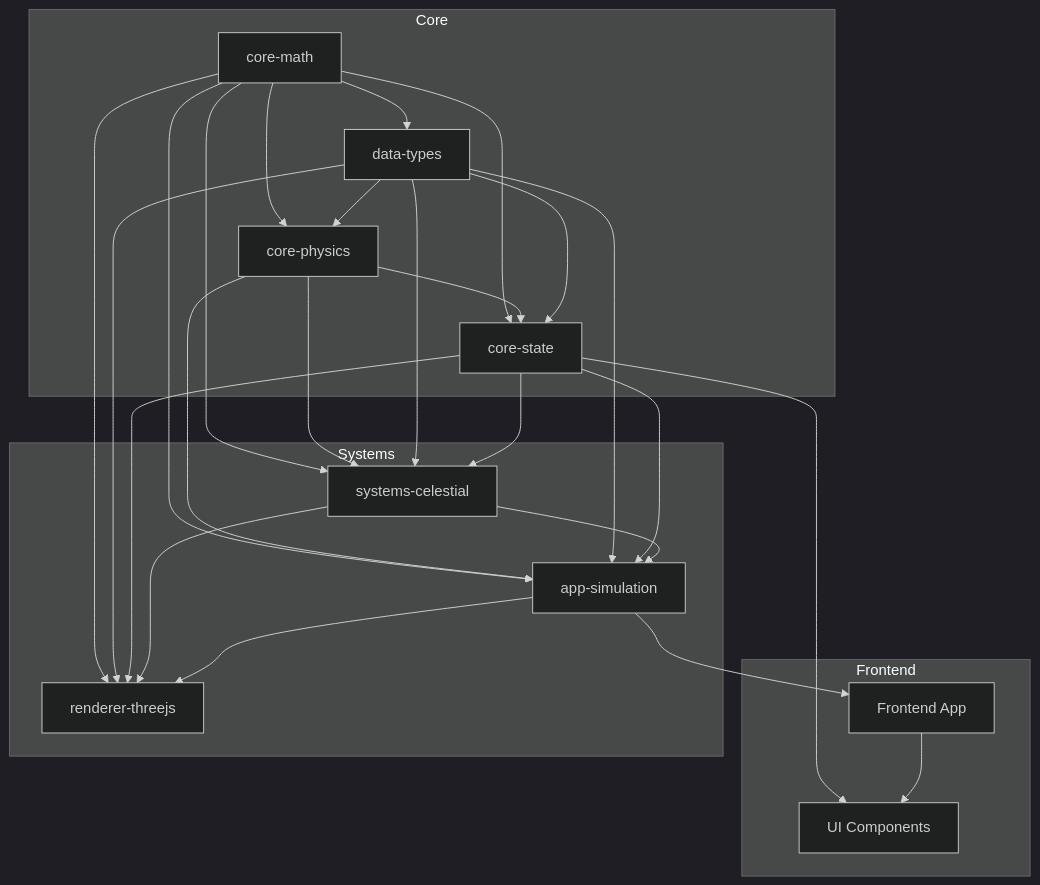
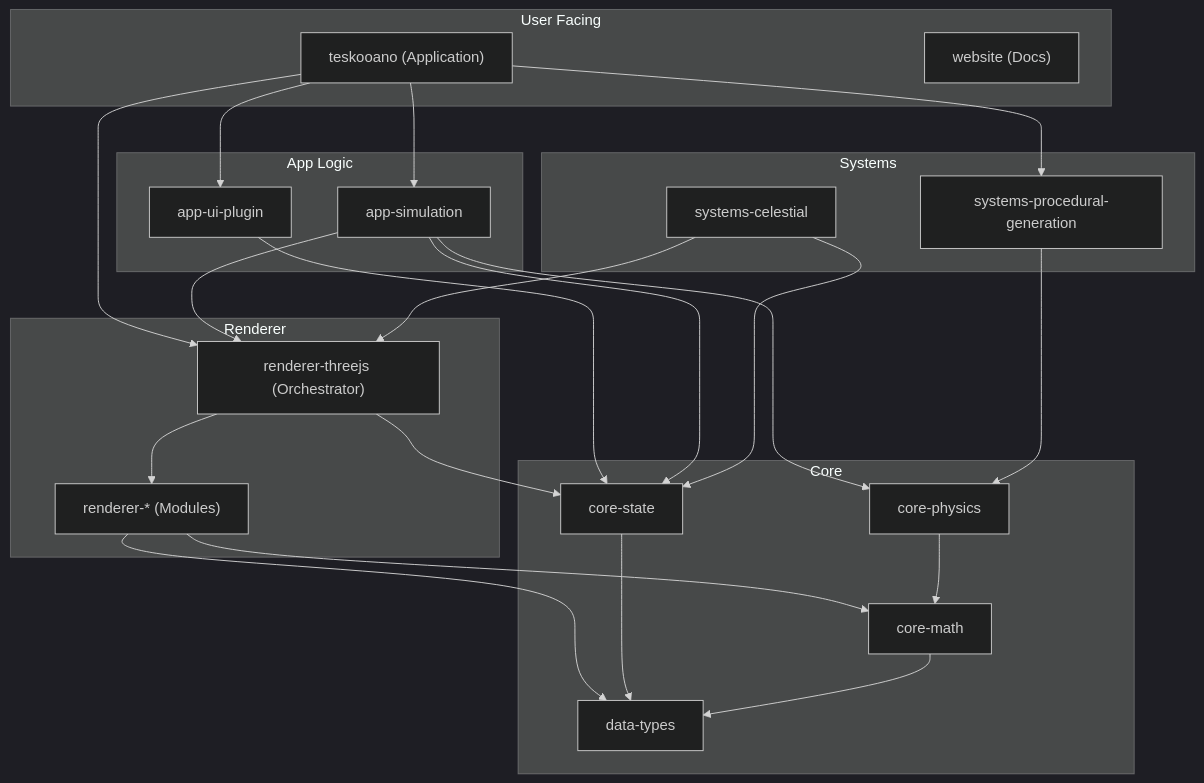
One commit to tanepiper/teskooano changed the first of 2 diagrams in README.md. Above: the diagram before and after it, drawn with Mermaid (dark theme). The commit also changed other lines of this file and 4 other files, not shown here.

````diff
--- a/README.md
+++ b/README.md
@@ -64,50 +59,55 @@
 ```mermaid
 graph TD
-    subgraph Frontend
-        FE[Frontend App]
-        UI[UI Components]
+    subgraph "User Facing"
+        App_Teskooano["teskooano (Application)"]
+        App_Website["website (Docs)"]
     end
 
-    subgraph Core
-        Math[core-math]
-        Physics[core-physics]
-        State[core-state]
-        Types[data-types]
+    subgraph "App Logic"
+        App_Simulation["app-simulation"]
+        App_UI_Plugin["app-ui-plugin"]
     end
 
-    subgraph Systems
-        Celestial[systems-celestial]
-        Renderer[renderer-threejs]
-        Simulation[app-simulation]
+    subgraph "Systems"
+        Systems_Celestial["systems-celestial"]
+        Systems_ProcGen["systems-procedural-generation"]
     end
 
-    Math --> Physics
-    Math --> Types
-    Math --> Celestial
-    Math --> Renderer
-    Math --> Simulation
-    Math --> State
+    subgraph "Renderer"
+        Renderer_Main["renderer-threejs (Orchestrator)"]
+        Renderer_Modules["renderer-* (Modules)"]
+    end
 
-    Physics --> State
-    Physics --> Celestial
-    Physics --> Simulation
+    subgraph "Core"
+        Core_State["core-state"]
+        Core_Physics["core-physics"]
+        Core_Math["core-math"]
+        Core_Types["data-types"]
+    end
 
-    Types --> State
-    Types --> Physics
-    Types --> Celestial
-    Types --> Renderer
-    Types --> Simulation
+    %% High-level Dependencies
+    App_Teskooano --> App_UI_Plugin
+    App_Teskooano --> App_Simulation
+    App_Teskooano --> Systems_ProcGen
+    App_Teskooano --> Renderer_Main
 
-    State --> Renderer
-    State --> Simulation
-    State --> Celestial
-    State --> UI
+    App_UI_Plugin --> Core_State
 
-    Celestial --> Renderer
-    Celestial --> Simulation
+    App_Simulation --> Core_State
+    App_Simulation --> Core_Physics
+    App_Simulation --> Renderer_Main
 
-    Simulation --> Renderer
-    Simulation --> FE
+    Systems_Celestial --> Core_State
+    Systems_Celestial --> Renderer_Main
 
-    FE --> UI
+    Systems_ProcGen --> Core_Physics
+
+    Renderer_Main --> Renderer_Modules
+    Renderer_Main --> Core_State
+    Renderer_Modules --> Core_Math
+    Renderer_Modules --> Core_Types
+
+    Core_State --> Core_Types
+    Core_Physics --> Core_Math
+    Core_Math --> Core_Types
 ```
````
